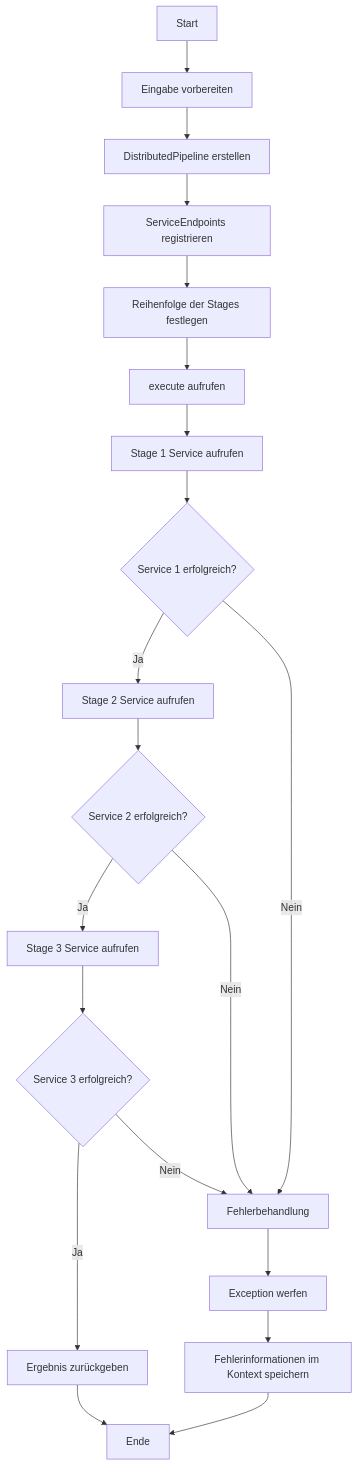
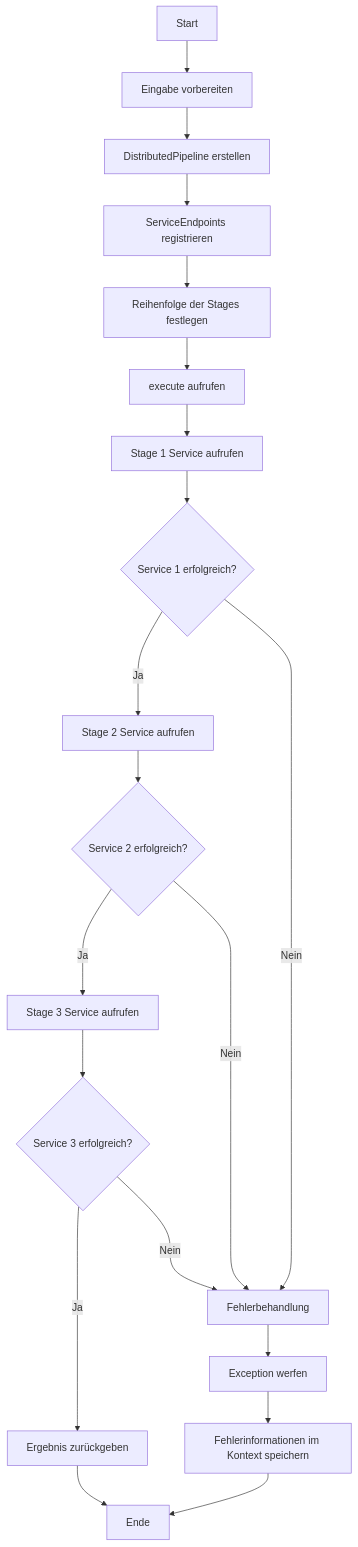
Before and after one commit to scimbe/VS_Pattern_By_KI: diagram 13 of 14 in Pipeline/docs/README.md, drawn with Mermaid. The commit also changed other lines of this file, not shown here.

Commit message:
more patterns

````diff
--- a/Pipeline/docs/README.md
+++ b/Pipeline/docs/README.md
@@ -404,27 +404,27 @@
 ```mermaid
 flowchart TD
     A[Start] --> B[Eingabe vorbereiten]
     B --> C[DistributedPipeline erstellen]
     C --> D[ServiceEndpoints registrieren]
     D --> E[Reihenfolge der Stages festlegen]
     E --> F[execute aufrufen]
     
     F --> G[Stage 1 Service aufrufen]
     G --> H{Service 1 erfolgreich?}
     
-    H --> |Ja| I[Stage 2 Service aufrufen]
-    H --> |Nein| Q[Fehlerbehandlung]
+    H ---> |Ja| I[Stage 2 Service aufrufen]
+    H ---> |Nein| Q[Fehlerbehandlung]
     
     I --> J{Service 2 erfolgreich?}
-    J --> |Ja| K[Stage 3 Service aufrufen]
-    J --> |Nein| Q
+    J ---> |Ja| K[Stage 3 Service aufrufen]
+    J ---> |Nein| Q
     
     K --> L{Service 3 erfolgreich?}
-    L --> |Ja| M[Ergebnis zurückgeben]
-    L --> |Nein| Q
+    L ---> |Ja| M[Ergebnis zurückgeben]
+    L ---> |Nein| Q
     
     M --> N[Ende]
     Q --> O[Exception werfen]
     O --> P[Fehlerinformationen im Kontext speichern]
     P --> N
 ```
````
